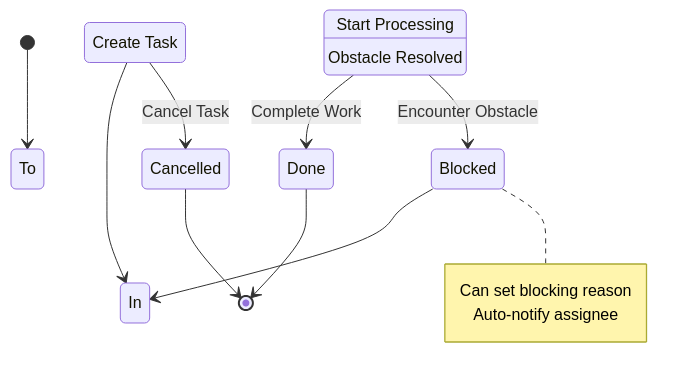
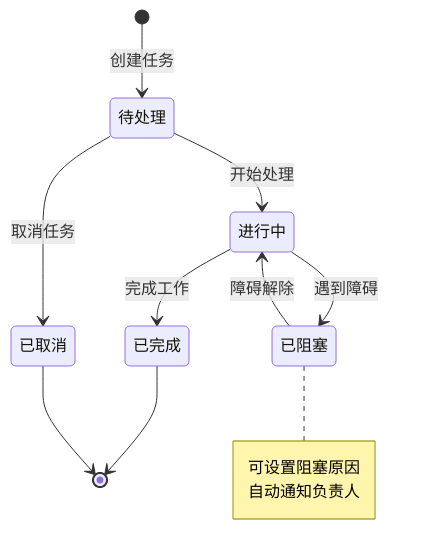
One commit to Kirky-X/cangjie changed the fifth of 7 diagrams in templates/Product/Operations/Template-User-Guide.md. Above: the diagram before and after it, drawn with Mermaid. The commit also changed other lines of this file and 33 other files, not shown here.

````diff
--- a/templates/Product/Operations/Template-User-Guide.md
+++ b/templates/Product/Operations/Template-User-Guide.md
@@ -277,16 +277,16 @@
 ```mermaid
 stateDiagram-v2
-    [*] --> To Do: Create Task
-    To Do --> In Progress: Start Processing
-    In Progress --> Done: Complete Work
-    In Progress --> Blocked: Encounter Obstacle
-    Blocked --> In Progress: Obstacle Resolved
-    Done --> [*]
-    To Do --> Cancelled: Cancel Task
-    Cancelled --> [*]
+    [*] --> 待处理: 创建任务
+    待处理 --> 进行中: 开始处理
+    进行中 --> 已完成: 完成工作
+    进行中 --> 已阻塞: 遇到障碍
+    已阻塞 --> 进行中: 障碍解除
+    已完成 --> [*]
+    待处理 --> 已取消: 取消任务
+    已取消 --> [*]
 
-    note right of Blocked
-        Can set blocking reason
-        Auto-notify assignee
+    note right of 已阻塞
+        可设置阻塞原因
+        自动通知负责人
     end note
 ```
````
